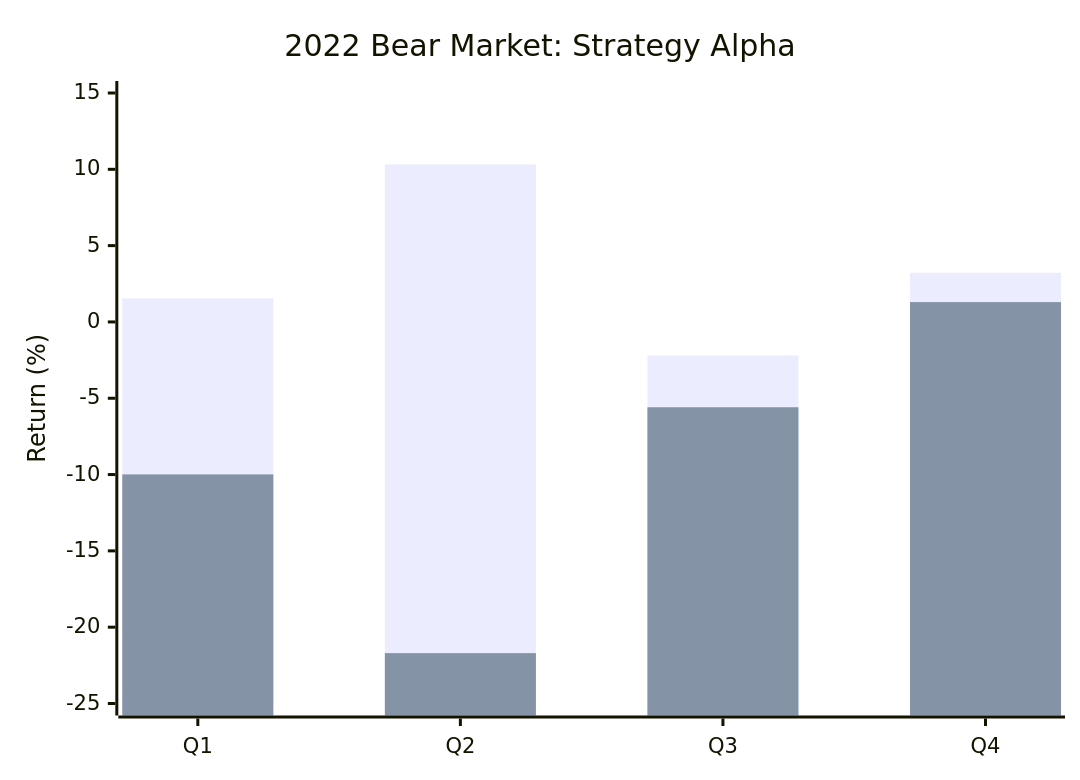
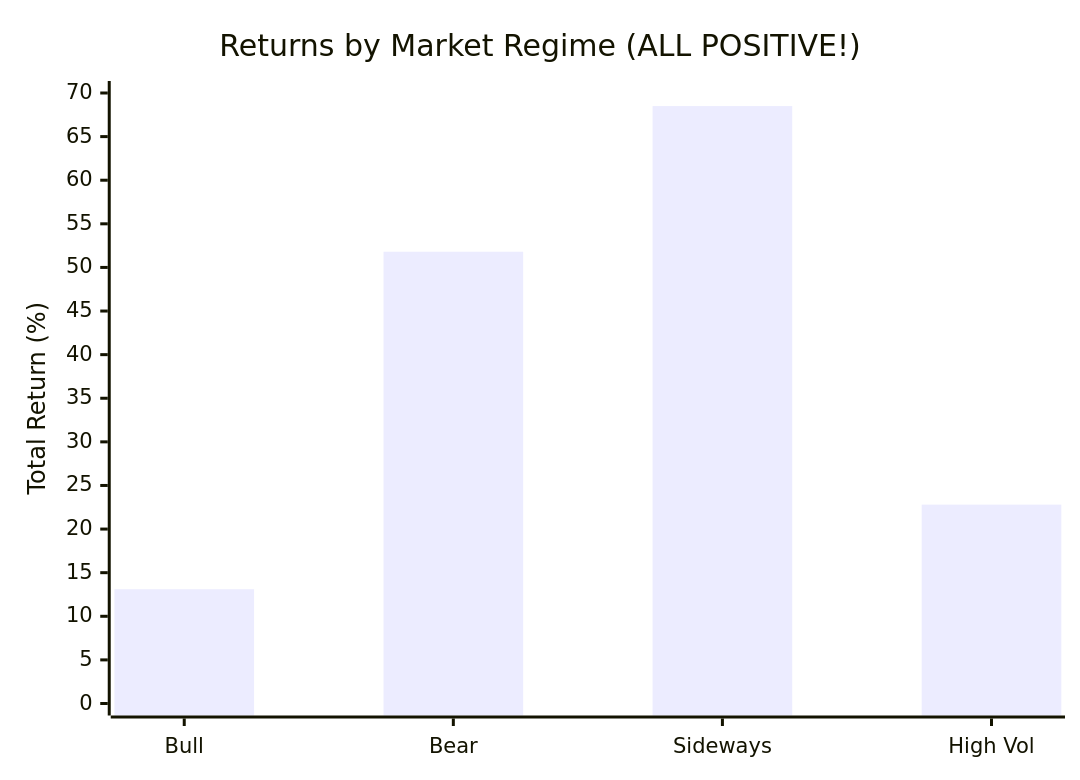
Before and after one commit to blackms/FinRL-Adaptive: diagram 14 of 18 in docs/adaptive_hedge_fund_strategy.md, drawn with Mermaid. The commit also changed other lines of this file and 3 other files, not shown here.

````diff
--- a/docs/adaptive_hedge_fund_strategy.md
+++ b/docs/adaptive_hedge_fund_strategy.md
@@ -426,8 +471,7 @@
 ```mermaid
 xychart-beta
-    title "2022 Bear Market: Strategy Alpha"
-    x-axis ["Q1", "Q2", "Q3", "Q4"]
-    y-axis "Return (%)" -25 --> 15
-    bar [1.54, 10.32, -2.20, 3.22]
-    bar [-9.99, -21.70, -5.59, 1.30]
+    title "Returns by Market Regime (ALL POSITIVE!)"
+    x-axis ["Bull", "Bear", "Sideways", "High Vol"]
+    y-axis "Total Return (%)" 0 --> 70
+    bar [13.1, 51.8, 68.5, 22.8]
 ```
````
